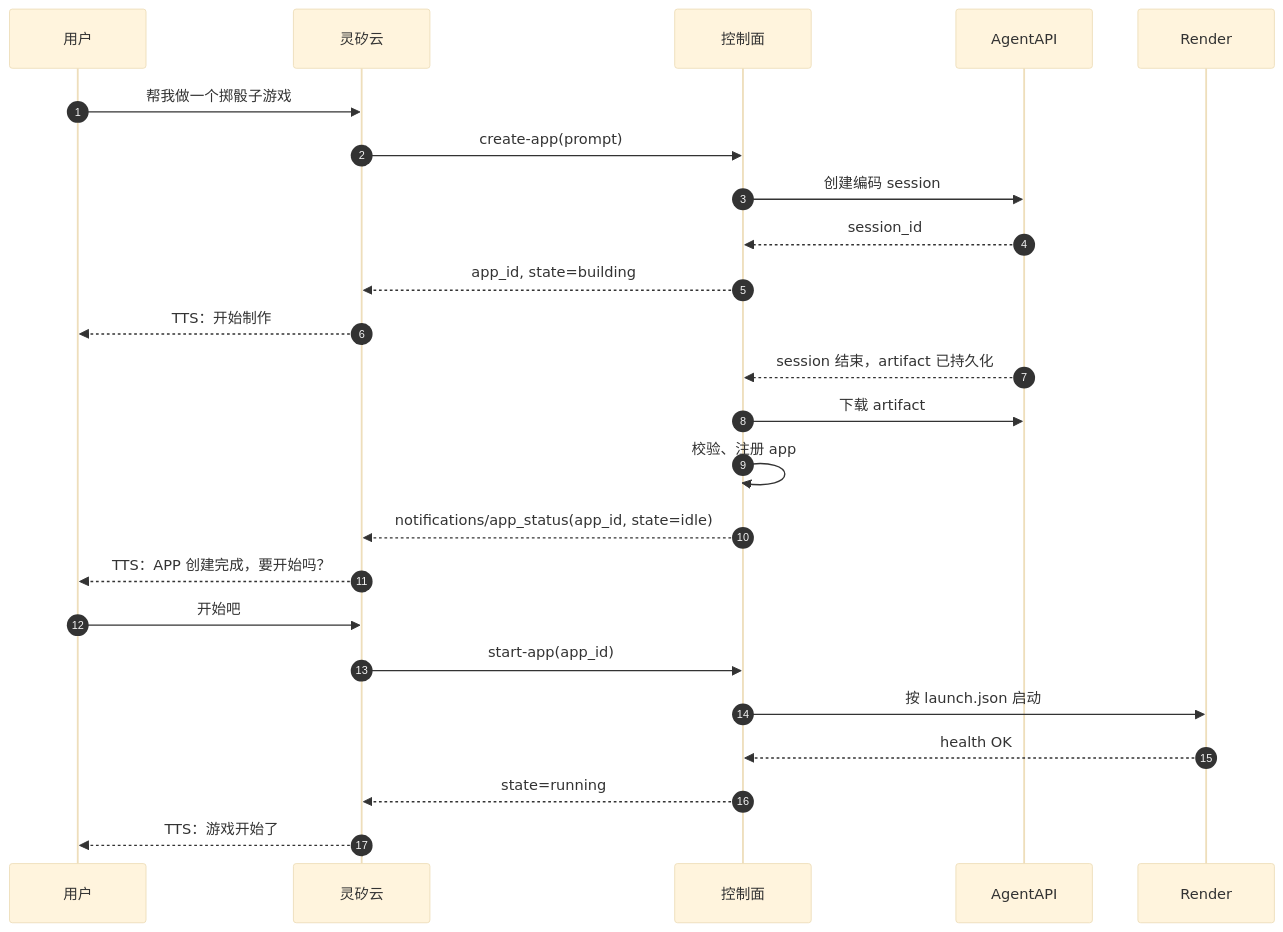
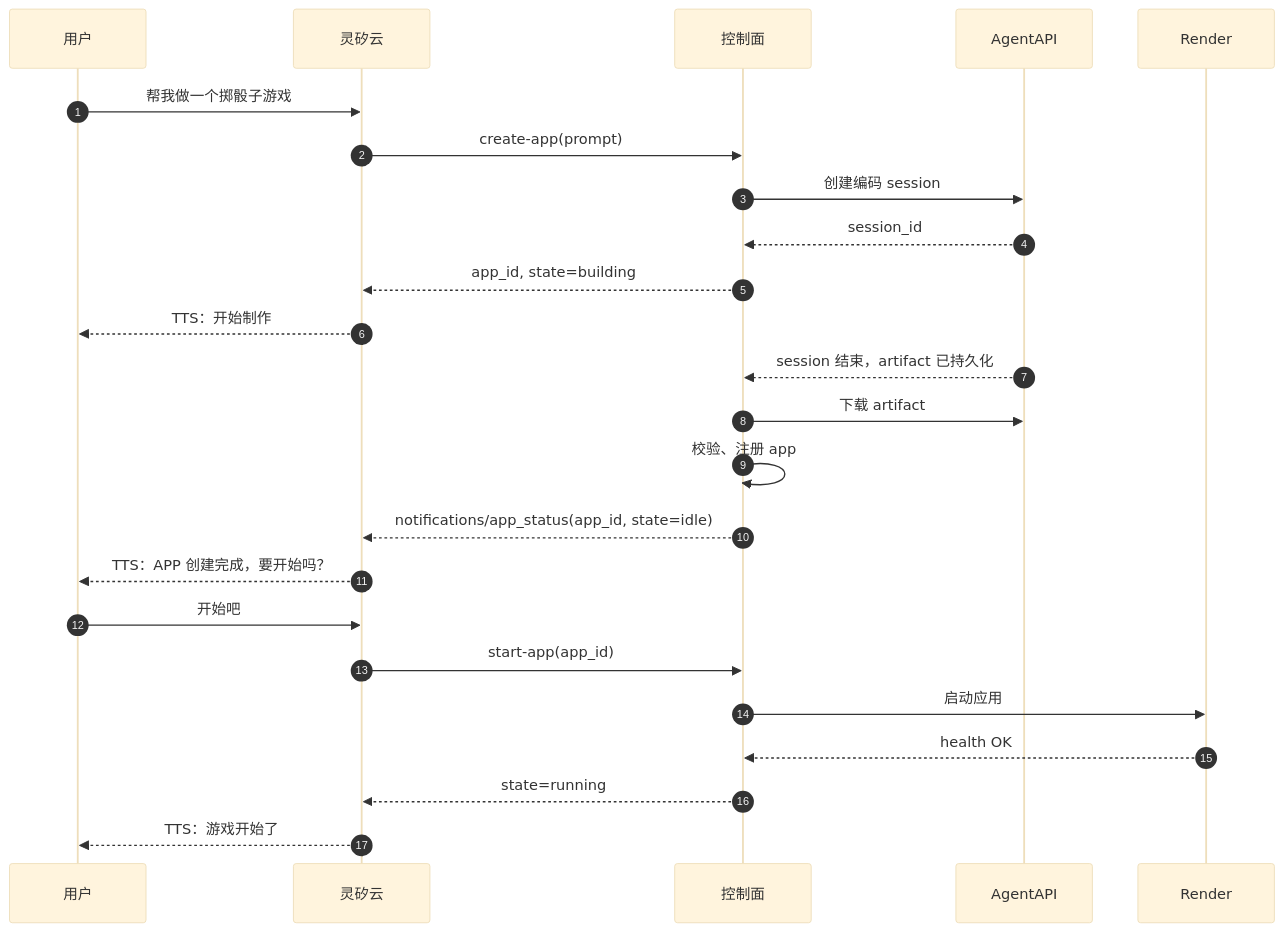
The second of 2 diagrams in docs/architecture.md (open-anywhere/open-anywhere), drawn with Mermaid (base theme) before and after one commit. The commit also changed other lines of this file, not shown here.

````diff
--- a/docs/architecture.md
+++ b/docs/architecture.md
@@ -362,29 +362,29 @@
 ```mermaid
 sequenceDiagram
   autonumber
   participant U as 用户
   participant L as 灵矽云
   participant C as 控制面
   participant A as AgentAPI
   participant R as Render
 
   U->>L: 帮我做一个掷骰子游戏
   L->>C: create-app(prompt)
   C->>A: 创建编码 session
   A-->>C: session_id
   C-->>L: app_id, state=building
   L-->>U: TTS：开始制作
 
   A-->>C: session 结束，artifact 已持久化
   C->>A: 下载 artifact
   C->>C: 校验、注册 app
   C-->>L: notifications/app_status(app_id, state=idle)
   L-->>U: TTS：APP 创建完成，要开始吗？
 
   U->>L: 开始吧
   L->>C: start-app(app_id)
-  C->>R: 按 launch.json 启动
+  C->>R: 启动应用
   R-->>C: health OK
   C-->>L: state=running
   L-->>U: TTS：游戏开始了
 ```
````
